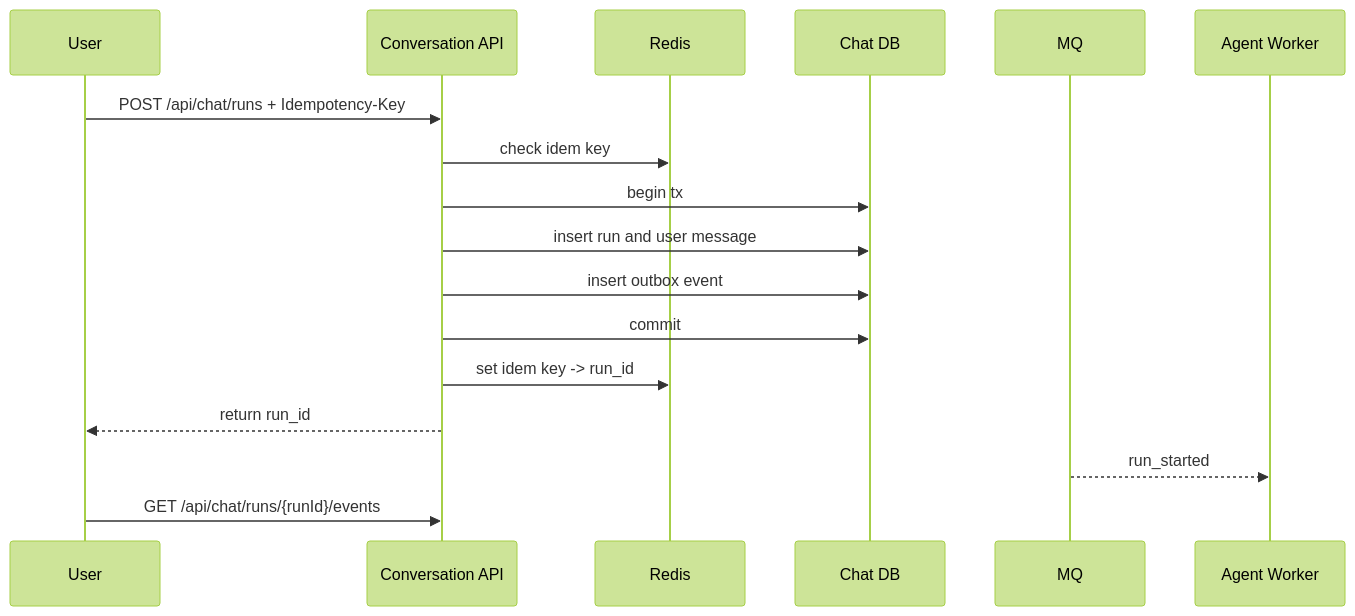
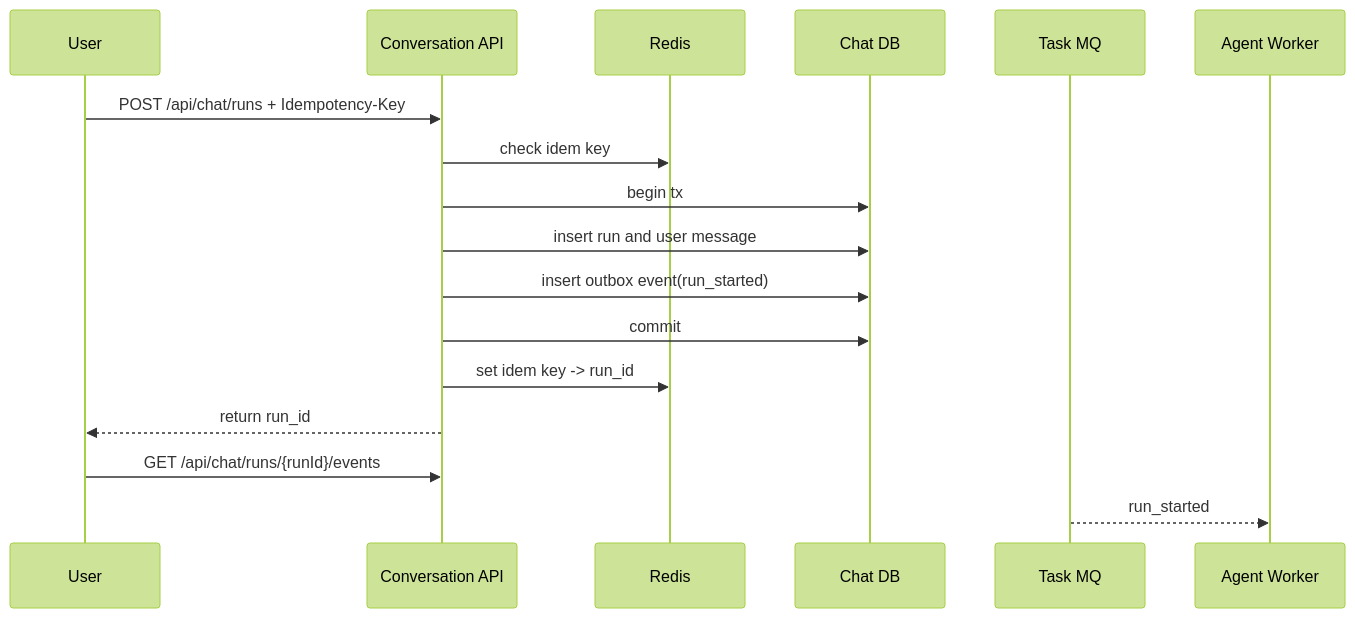
One commit to pofossette/guidebooks changed the first of 6 diagrams in docs/backend-dev/系统设计/电商平台与云端对话 AI 系统设计/02-核心链路与 ReAct Agent Loop.md. Above: the diagram before and after it, drawn with Mermaid (forest theme). The commit also changed other lines of this file and 7 other files, not shown here.

````diff
--- a/docs/backend-dev/系统设计/电商平台与云端对话 AI 系统设计/02-核心链路与 ReAct Agent Loop.md
+++ b/docs/backend-dev/系统设计/电商平台与云端对话 AI 系统设计/02-核心链路与 ReAct Agent Loop.md
@@ -13,20 +17,20 @@
 ```mermaid
 sequenceDiagram
     participant U as User
     participant API as Conversation API
     participant R as Redis
     participant DB as Chat DB
-    participant MQ as MQ
+    participant MQ as Task MQ
     participant W as Agent Worker
 
     U->>API: POST /api/chat/runs + Idempotency-Key
     API->>R: check idem key
     API->>DB: begin tx
     API->>DB: insert run and user message
-    API->>DB: insert outbox event
+    API->>DB: insert outbox event(run_started)
     API->>DB: commit
     API->>R: set idem key -> run_id
     API-->>U: return run_id
+    U->>API: GET /api/chat/runs/{runId}/events
     MQ-->>W: run_started
-    U->>API: GET /api/chat/runs/{runId}/events
 ```
````
